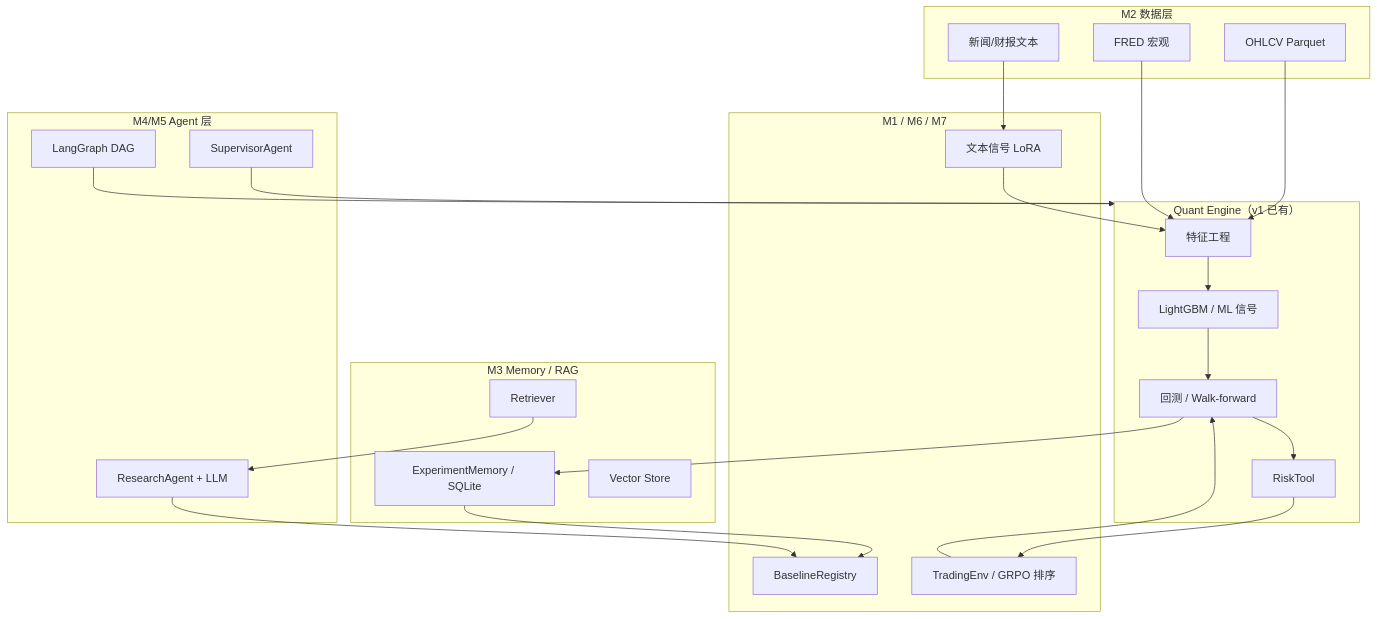
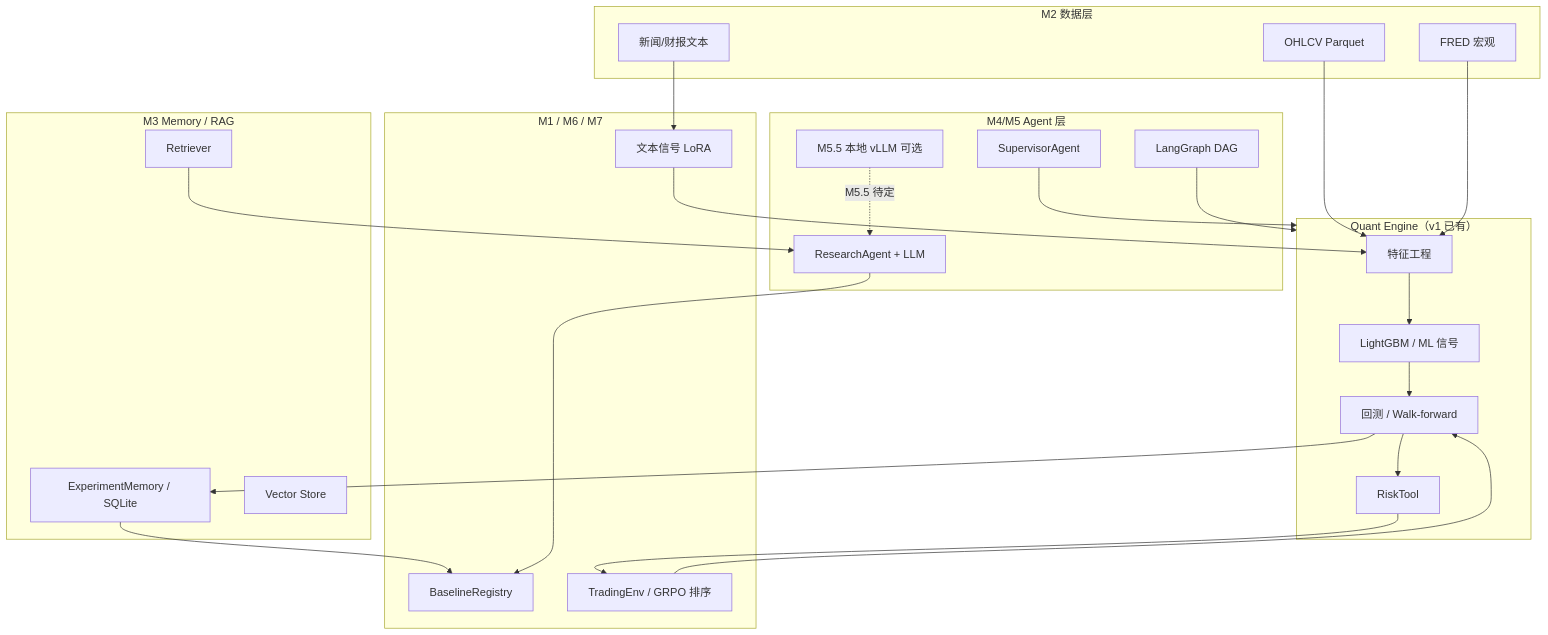
Before and after one commit to ytq0198/Quant-MAS: the diagram in 项目plus设计.md, drawn with Mermaid. The commit also changed other lines of this file and 3 other files, not shown here.

````diff
--- a/项目plus设计.md
+++ b/项目plus设计.md
@@ -702,47 +801,49 @@
 ```mermaid
 flowchart TB
     subgraph Data["M2 数据层"]
         OHLCV[OHLCV Parquet]
         News[新闻/财报文本]
         Macro[FRED 宏观]
     end
 
     subgraph Engine["Quant Engine（v1 已有）"]
         FE[特征工程]
         ML[LightGBM / ML 信号]
         BT[回测 / Walk-forward]
         RK[RiskTool]
     end
 
     subgraph Memory["M3 Memory / RAG"]
         EM[ExperimentMemory / SQLite]
         VS[Vector Store]
         RET[Retriever]
     end
 
     subgraph Agent["M4/M5 Agent 层"]
         SUP[SupervisorAgent]
         LG[LangGraph DAG]
         RES[ResearchAgent + LLM]
+        VLLM[M5.5 本地 vLLM 可选]
     end
 
     subgraph Research["M1 / M6 / M7"]
         BL[BaselineRegistry]
         TXT[文本信号 LoRA]
         RL[TradingEnv / GRPO 排序]
     end
 
     OHLCV --> FE
     News --> TXT
     Macro --> FE
     FE --> ML --> BT --> RK
     BT --> EM
     EM --> BL
     RET --> RES
+    VLLM -.->|M5.5 待定| RES
     SUP --> Engine
     LG --> Engine
     RES --> BL
     TXT --> FE
     RL --> BT
     RK --> RL
 ```
````
